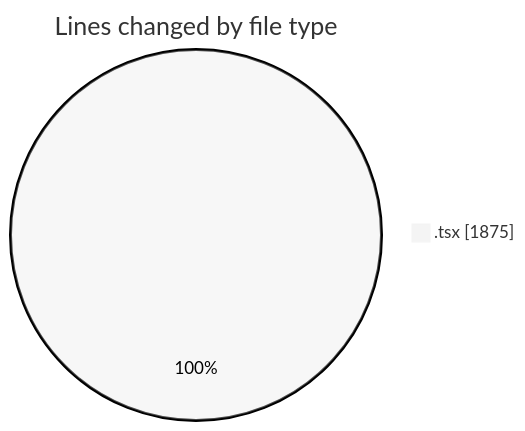
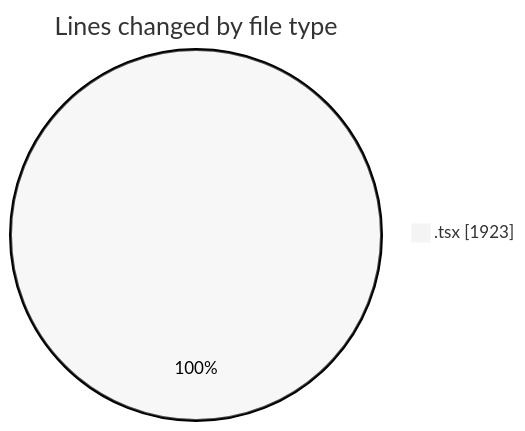
The first of 2 diagrams in 2025-08-18/nextui-dashboard-template/README.md (lephambinh05/code-tracking), drawn with Mermaid (neutral theme) before and after one commit. The commit also changed other lines of this file and 1 other file, not shown here.

````diff
--- a/2025-08-18/nextui-dashboard-template/README.md
+++ b/2025-08-18/nextui-dashboard-template/README.md
@@ -46,5 +46,5 @@
 ```mermaid
 pie showData
 title Lines changed by file type
-".tsx" : 1875
+".tsx" : 1923
 ```
````
